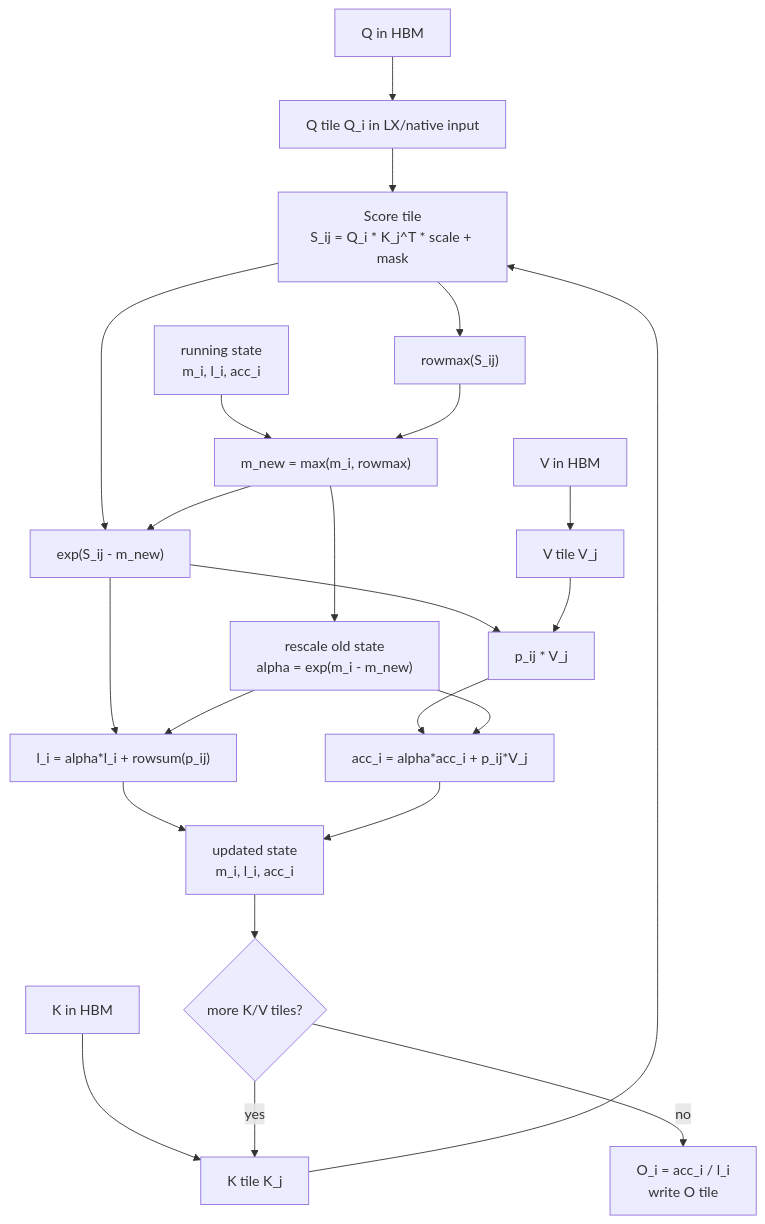
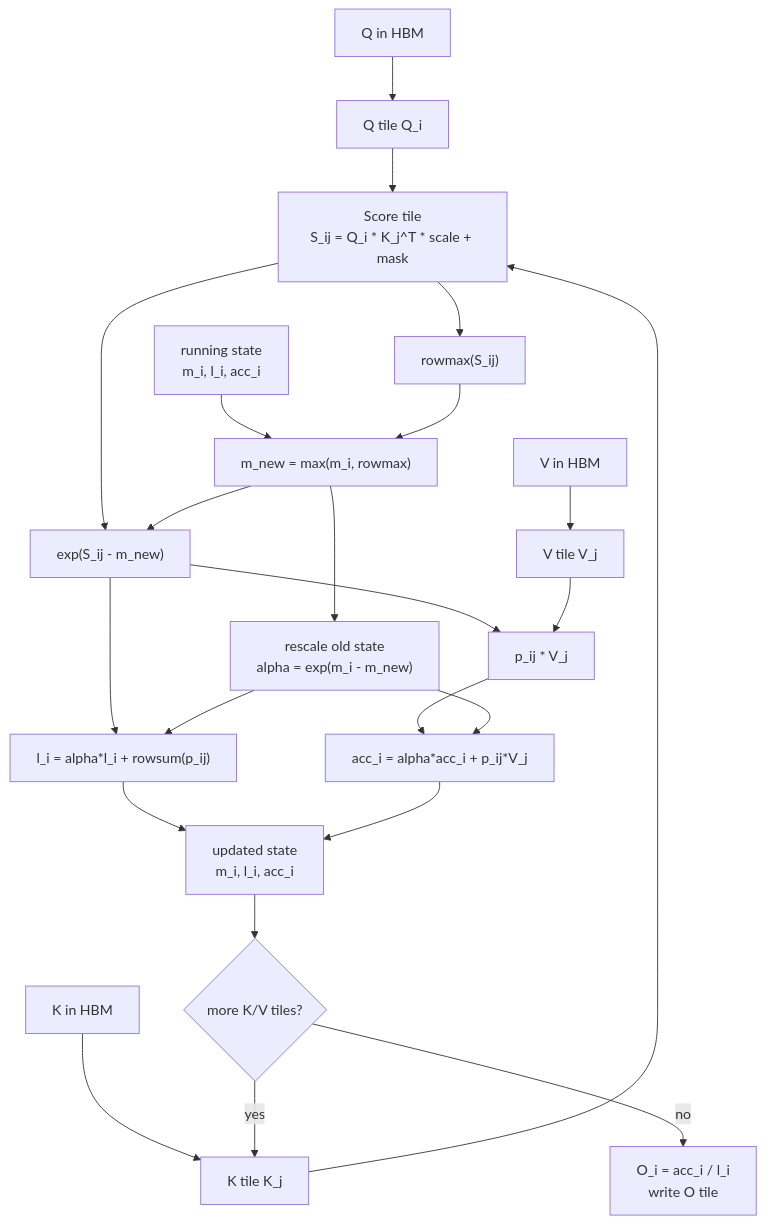
Before and after one commit to AdnanHoque/torch-spyre: the first of 6 diagrams in docs/source/rfcs/drafts/NNNN-OnChipRestickify/Stage089-FlashAttentionWarpSpecFirstPrinciples.md, drawn with Mermaid. The commit also changed other lines of this file, not shown here.

````diff
--- a/docs/source/rfcs/drafts/NNNN-OnChipRestickify/Stage089-FlashAttentionWarpSpecFirstPrinciples.md
+++ b/docs/source/rfcs/drafts/NNNN-OnChipRestickify/Stage089-FlashAttentionWarpSpecFirstPrinciples.md
@@ -59,29 +72,29 @@
 ```mermaid
 flowchart TD
-    QHBM["Q in HBM"] --> QT["Q tile Q_i in LX/native input"]
+    QHBM["Q in HBM"] --> QT["Q tile Q_i"]
     KHBM["K in HBM"] --> KT["K tile K_j"]
     VHBM["V in HBM"] --> VT["V tile V_j"]
 
     QT --> SCORE["Score tile<br/>S_ij = Q_i * K_j^T * scale + mask"]
     KT --> SCORE
     SCORE --> ROWMAX["rowmax(S_ij)"]
     SCORE --> EXP["exp(S_ij - m_new)"]
 
     STATE0["running state<br/>m_i, l_i, acc_i"] --> MNEW["m_new = max(m_i, rowmax)"]
     ROWMAX --> MNEW
     MNEW --> EXP
     MNEW --> RESCALE["rescale old state<br/>alpha = exp(m_i - m_new)"]
 
     EXP --> LSUM["l_i = alpha*l_i + rowsum(p_ij)"]
     RESCALE --> LSUM
     EXP --> PV["p_ij * V_j"]
     VT --> PV
     PV --> ACC["acc_i = alpha*acc_i + p_ij*V_j"]
     RESCALE --> ACC
 
     LSUM --> STATE1["updated state<br/>m_i, l_i, acc_i"]
     ACC --> STATE1
     STATE1 --> LOOP{"more K/V tiles?"}
     LOOP -->|yes| KT
     LOOP -->|no| OUT["O_i = acc_i / l_i<br/>write O tile"]
 ```
````
